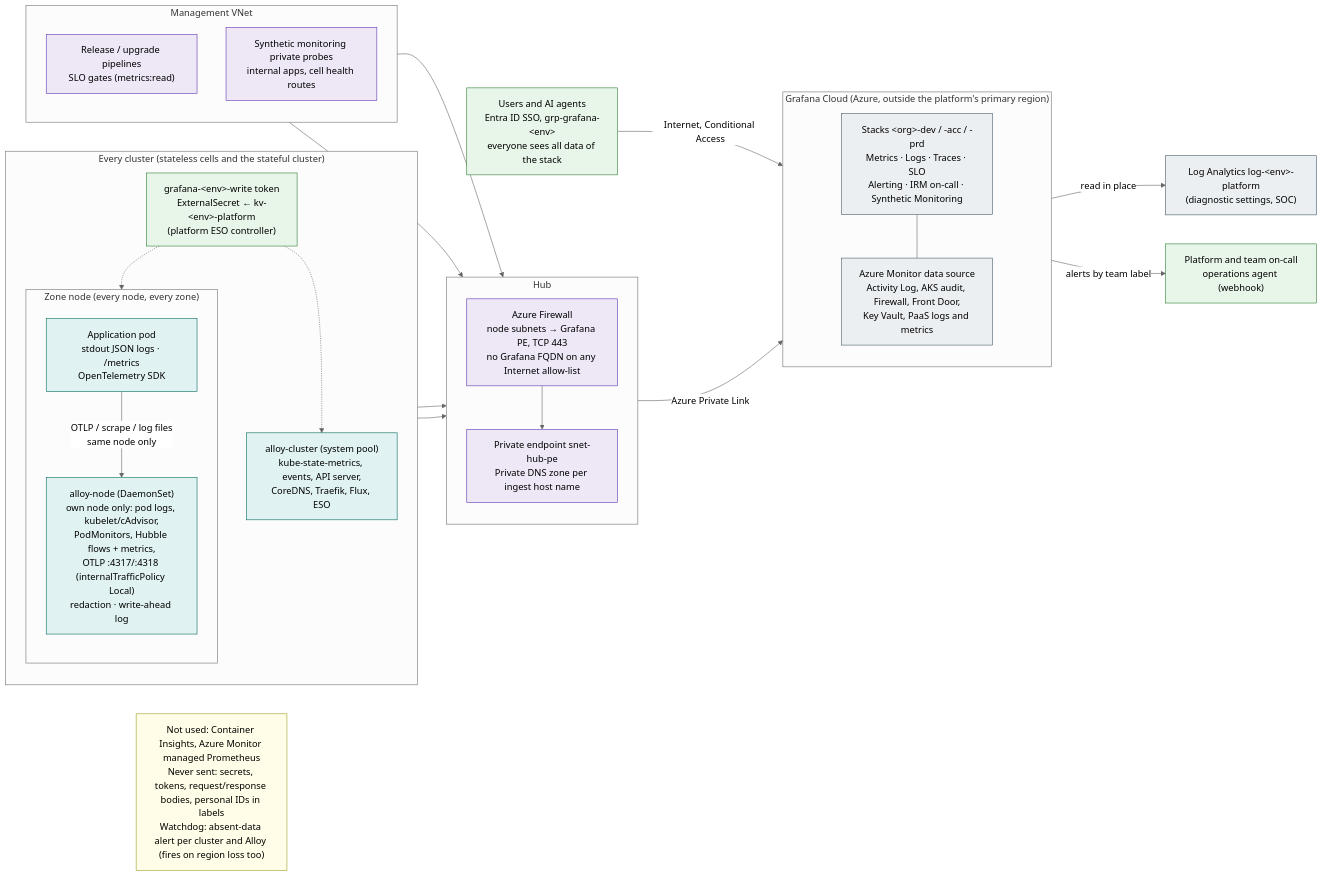
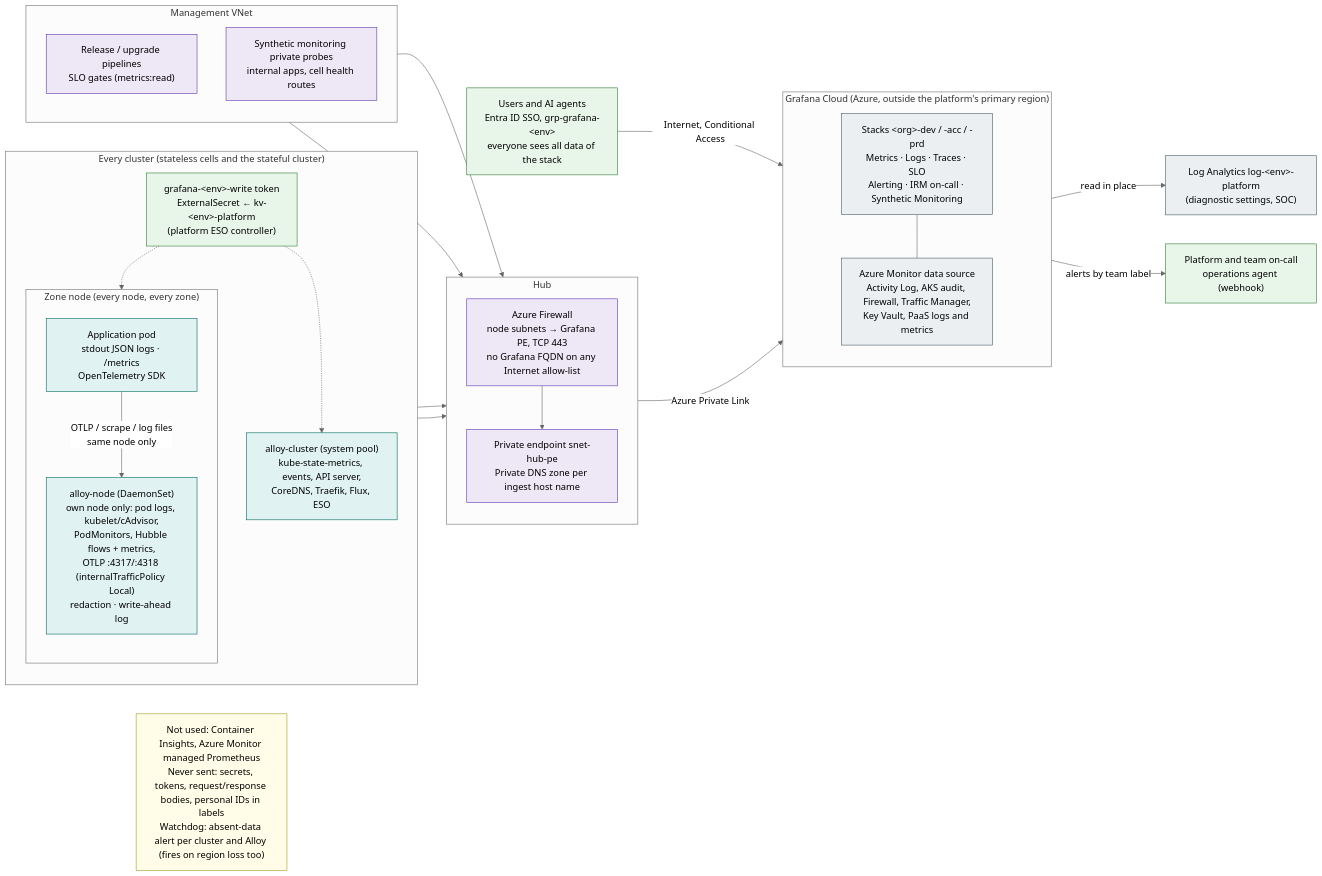
The diagram in diagrams/19-observability.mmd (onek8s/onek8s.github.io), drawn with Mermaid (neutral theme) before and after one commit. The commit also changed 28 other files, not shown here.

```diff
--- a/diagrams/19-observability.mmd
+++ b/diagrams/19-observability.mmd
@@ -1,64 +1,64 @@
 %% Observability with Grafana Cloud: node-local Grafana Alloy in every cluster, Private Link from the hub,
 %% one stack per environment outside the platform's region; anyone who can sign in to a stack sees all its data.
 %% Azure-produced logs stay in Log Analytics and are read in place by the Azure Monitor data source.
 flowchart LR
     subgraph CL["Every cluster (stateless cells and the stateful cluster)"]
         direction TB
         subgraph NODE["Zone node (every node, every zone)"]
             direction TB
             app["Application pod<br/>stdout JSON logs · /metrics<br/>OpenTelemetry SDK"]
             an["alloy-node (DaemonSet)<br/>own node only: pod logs, kubelet/cAdvisor,<br/>PodMonitors, Hubble flows + metrics,<br/>OTLP :4317/:4318 (internalTrafficPolicy Local)<br/>redaction · write-ahead log"]
         end
         ac["alloy-cluster (system pool)<br/>kube-state-metrics, events, API server,<br/>CoreDNS, Traefik, Flux, ESO"]
         tok["grafana-&lt;env&gt;-write token<br/>ExternalSecret ← kv-&lt;env&gt;-platform<br/>(platform ESO controller)"]
     end
 
     subgraph HUB["Hub"]
         direction TB
         fw["Azure Firewall<br/>node subnets → Grafana PE, TCP 443<br/>no Grafana FQDN on any Internet allow-list"]
         pe["Private endpoint snet-hub-pe<br/>Private DNS zone per ingest host name"]
     end
 
     subgraph MG["Management VNet"]
         direction TB
         pipe["Release / upgrade pipelines<br/>SLO gates (metrics:read)"]
         probe["Synthetic monitoring private probes<br/>internal apps, cell health routes"]
     end
 
     subgraph GC["Grafana Cloud (Azure, outside the platform's primary region)"]
         direction TB
         stack["Stacks &lt;org&gt;-dev / -acc / -prd<br/>Metrics · Logs · Traces · SLO<br/>Alerting · IRM on-call · Synthetic Monitoring"]
-        amds["Azure Monitor data source<br/>Activity Log, AKS audit, Firewall, Front Door,<br/>Key Vault, PaaS logs and metrics"]
+        amds["Azure Monitor data source<br/>Activity Log, AKS audit, Firewall, Traffic Manager,<br/>Key Vault, PaaS logs and metrics"]
     end
 
     law["Log Analytics log-&lt;env&gt;-platform<br/>(diagnostic settings, SOC)"]
     users["Users and AI agents<br/>Entra ID SSO, grp-grafana-&lt;env&gt;<br/>everyone sees all data of the stack"]
     oncall["Platform and team on-call<br/>operations agent (webhook)"]
 
     app -->|"OTLP / scrape / log files<br/>same node only"| an
     tok -.-> an
     tok -.-> ac
     an --> fw
     ac --> fw
     fw --> pe
     pipe --> pe
     probe --> pe
     pe -->|"Azure Private Link"| stack
     stack --- amds
     amds -->|"read in place"| law
     users -->|"Internet, Conditional Access"| stack
     stack -->|"alerts by team label"| oncall
 
     note["Not used: Container Insights, Azure Monitor managed Prometheus<br/>Never sent: secrets, tokens, request/response bodies, personal IDs in labels<br/>Watchdog: absent-data alert per cluster and Alloy (fires on region loss too)"]
 
     classDef cp fill:#eceff1,stroke:#455a64,color:#000
     classDef sl fill:#e0f2f1,stroke:#00695c,color:#000
     classDef hub fill:#ede7f6,stroke:#5e35b1,color:#000
     classDef id fill:#e8f5e9,stroke:#2e7d32,color:#000
     classDef note fill:#fffde7,stroke:#9e9d24,color:#000
     class app,an,ac sl
     class tok id
     class fw,pe,pipe,probe hub
     class stack,amds,law cp
     class users,oncall id
     class note note
```
